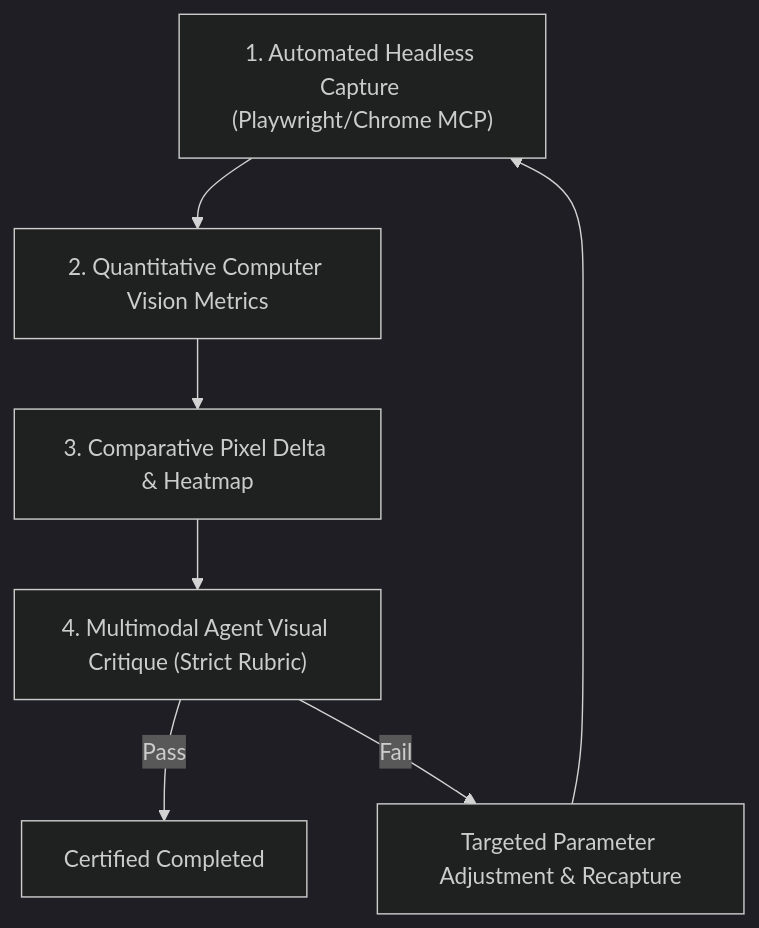
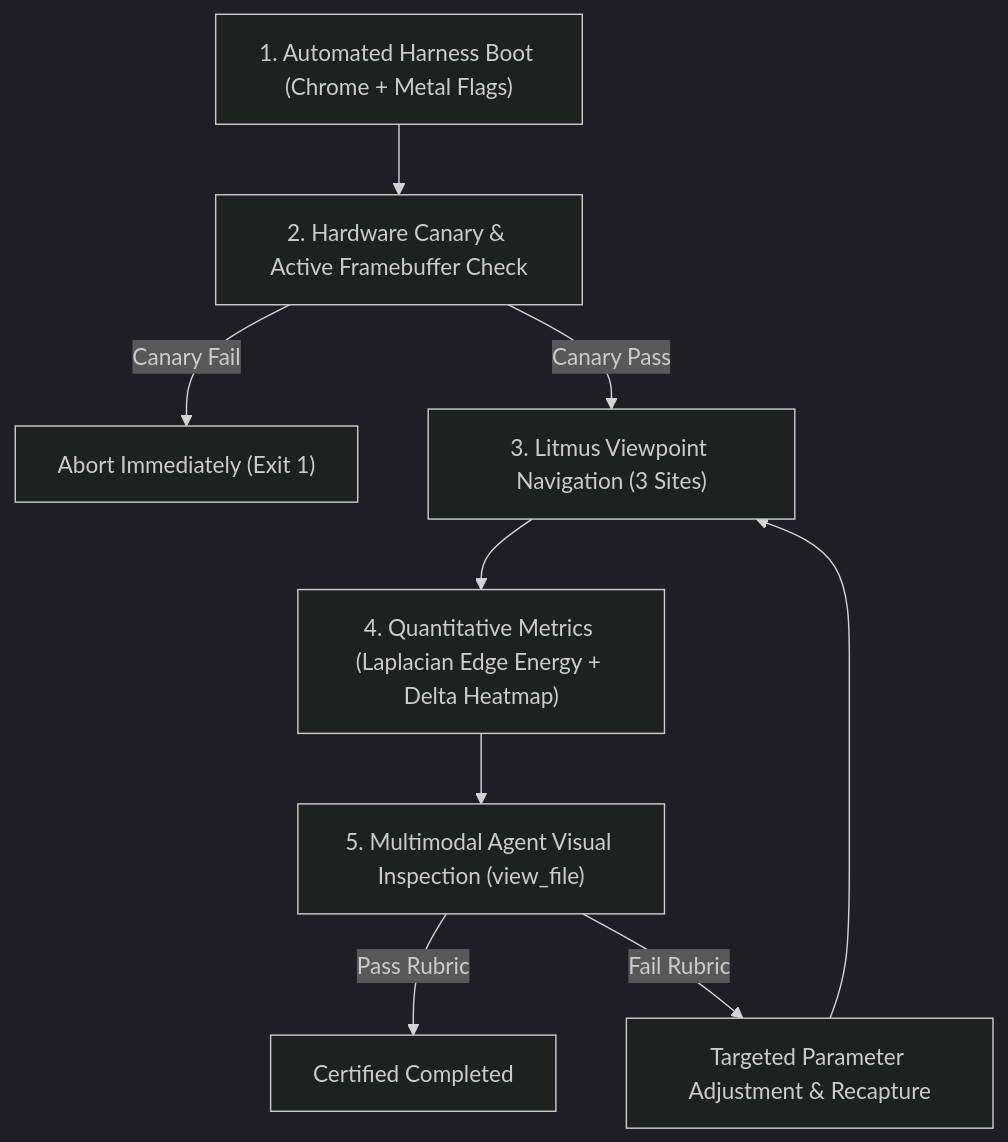
The diagram in ZOOM_DETAIL_VISUAL_SYNTHESIS.md (AndrewVoirol/interactive-globe), drawn with Mermaid (dark theme) before and after one commit. The commit also changed other lines of this file and 1 other file, not shown here.

Commit message:
feat(verify): establish Metal-canary Model Qualification Pipeline and image harness

````diff
--- a/ZOOM_DETAIL_VISUAL_SYNTHESIS.md
+++ b/ZOOM_DETAIL_VISUAL_SYNTHESIS.md
@@ -120,9 +133,11 @@
 ```mermaid
 flowchart TD
-    A["1. Automated Headless Capture (Playwright/Chrome MCP)"] --> B["2. Quantitative Computer Vision Metrics"]
-    B --> C["3. Comparative Pixel Delta & Heatmap"]
-    C --> D["4. Multimodal Agent Visual Critique (Strict Rubric)"]
-    D -->|Pass| E["Certified Completed"]
-    D -->|Fail| F["Targeted Parameter Adjustment & Recapture"]
-    F --> A
+    A["1. Automated Harness Boot (Chrome + Metal Flags)"] --> B["2. Hardware Canary & Active Framebuffer Check"]
+    B -->|Canary Fail| C["Abort Immediately (Exit 1)"]
+    B -->|Canary Pass| D["3. Litmus Viewpoint Navigation (3 Sites)"]
+    D --> E["4. Quantitative Metrics (Laplacian Edge Energy + Delta Heatmap)"]
+    E --> F["5. Multimodal Agent Visual Inspection (view_file)"]
+    F -->|Pass Rubric| G["Certified Completed"]
+    F -->|Fail Rubric| H["Targeted Parameter Adjustment & Recapture"]
+    H --> D
 ```
````
